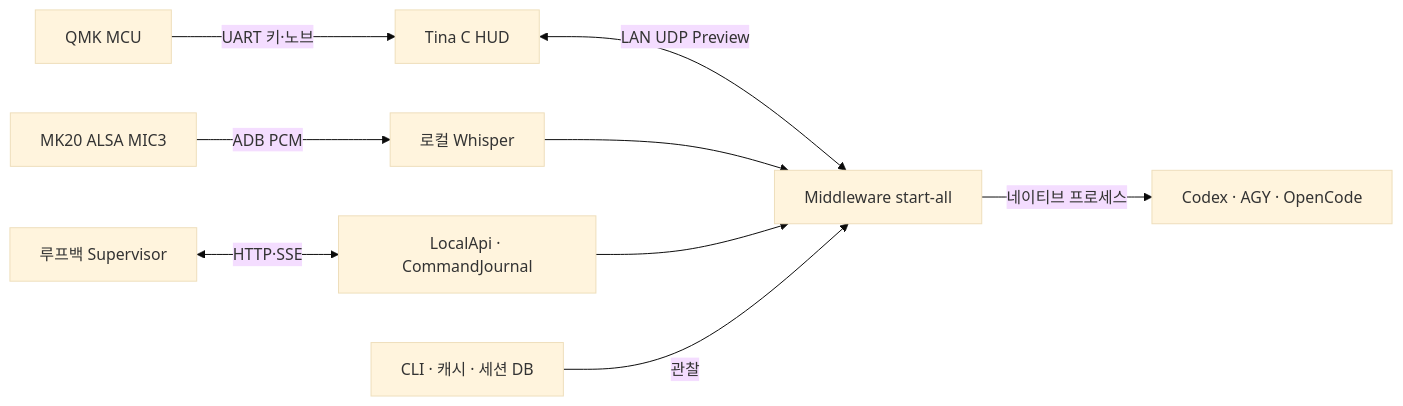
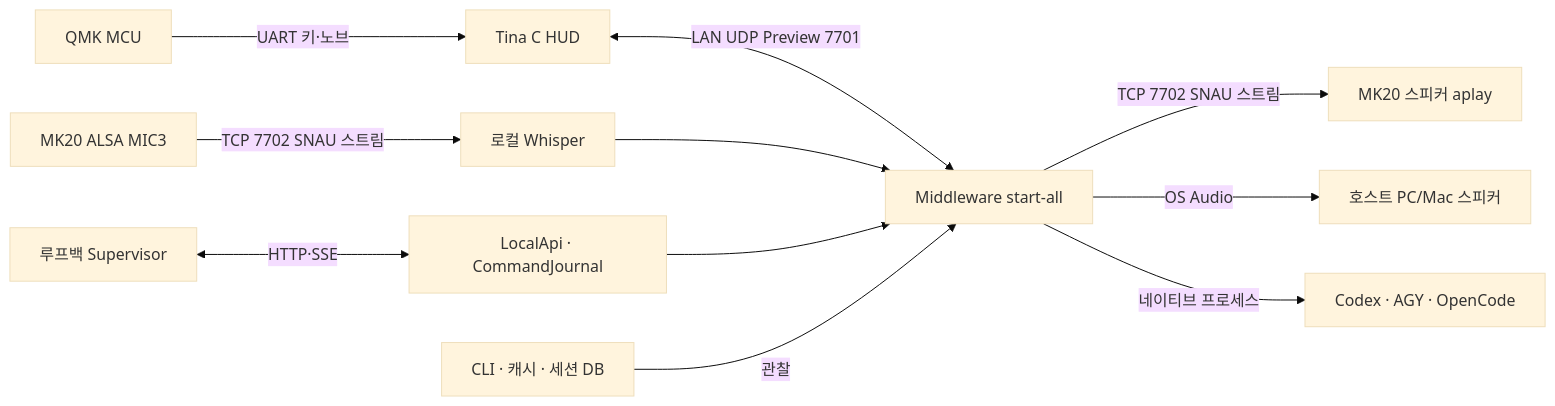
The first of 2 diagrams in docs/ARCHITECTURE.ko.md (fkiller/Snowball_Control), drawn with Mermaid (base theme) before and after one commit. The commit also changed other lines of this file and 10 other files, not shown here.

First line of the commit message:
feat(audio): native TCP streaming daemon (mk20-audio), zero-disk STT/TTS I/O, dual speaker routing with live volume scaling

````diff
--- a/docs/ARCHITECTURE.ko.md
+++ b/docs/ARCHITECTURE.ko.md
@@ -29,11 +30,13 @@
 ```mermaid
 flowchart LR
   QMK[QMK MCU] -->|UART 키·노브| HUD[Tina C HUD]
-  HUD <-->|LAN UDP Preview| Daemon[Middleware start-all]
-  Mic[MK20 ALSA MIC3] -->|ADB PCM| STT[로컬 Whisper]
+  HUD <-->|LAN UDP Preview 7701| Daemon[Middleware start-all]
+  Mic[MK20 ALSA MIC3] -->|TCP 7702 SNAU 스트림| STT[로컬 Whisper]
   STT --> Daemon
+  Daemon -->|TCP 7702 SNAU 스트림| Spk[MK20 스피커 aplay]
+  Daemon -->|OS Audio| HostSpk[호스트 PC/Mac 스피커]
   UI[루프백 Supervisor] <-->|HTTP·SSE| API[LocalApi · CommandJournal]
   API --> Daemon
   Sources[CLI · 캐시 · 세션 DB] -->|관찰| Daemon
   Daemon -->|네이티브 프로세스| Harness[Codex · AGY · OpenCode]
 ```
````
